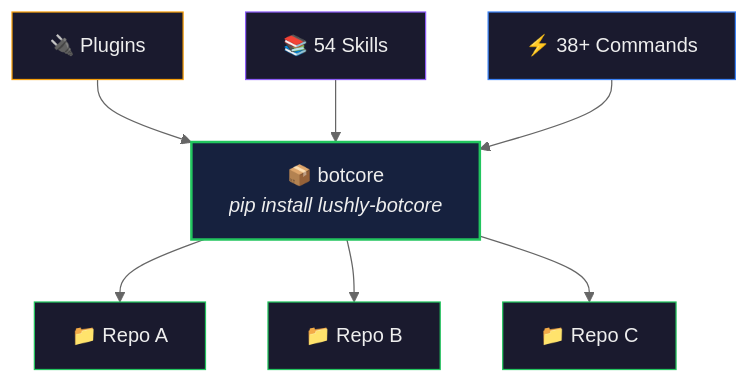
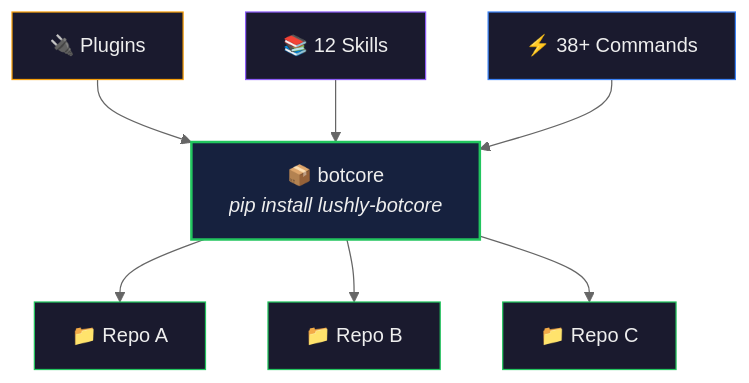
The second of 4 diagrams in endpoints/botcore/README.md (lushly-dev/afd), drawn with Mermaid (neutral theme) before and after one commit. The commit also changed other lines of this file and 491 other files, not shown here.

````diff
--- a/endpoints/botcore/README.md
+++ b/endpoints/botcore/README.md
@@ -49,20 +49,20 @@
 ```mermaid
 graph TB
     BC["📦 botcore<br/><em>pip install lushly-botcore</em>"]
 
     BC --> A["📁 Repo A"]
     BC --> B["📁 Repo B"]
     BC --> C["📁 Repo C"]
 
     P["🔌 Plugins"] --> BC
-    S["📚 54 Skills"] --> BC
+    S["📚 12 Skills"] --> BC
     CMD["⚡ 38+ Commands"] --> BC
 
     style BC fill:#16213e,stroke:#22c55e,stroke-width:2px,color:#eee
     style A fill:#1a1a2e,stroke:#22c55e,color:#eee
     style B fill:#1a1a2e,stroke:#22c55e,color:#eee
     style C fill:#1a1a2e,stroke:#22c55e,color:#eee
     style P fill:#1a1a2e,stroke:#f59e0b,color:#eee
     style S fill:#1a1a2e,stroke:#8B5CF6,color:#eee
     style CMD fill:#1a1a2e,stroke:#3b82f6,color:#eee
 ```
````
